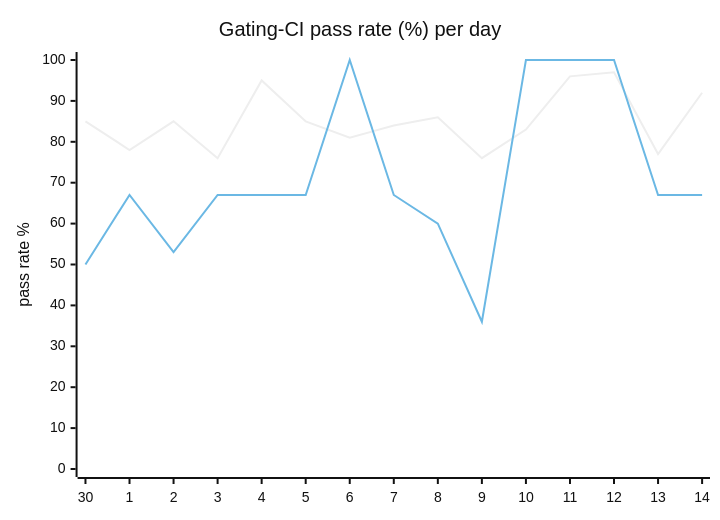
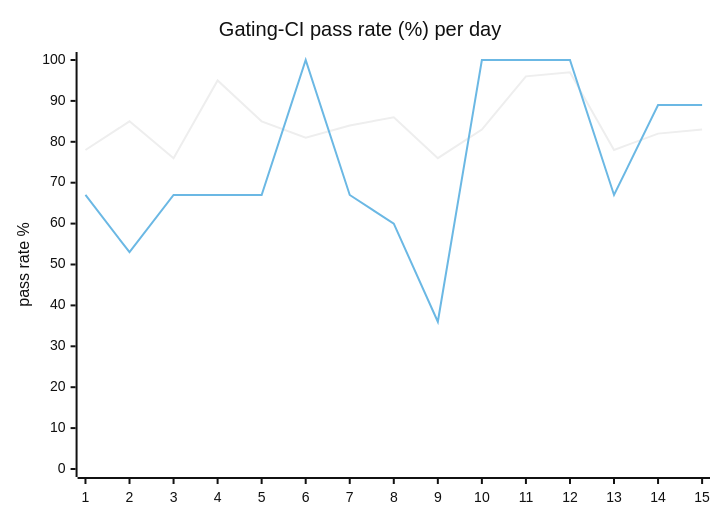
The diagram in hack/ci/ci-dashboard/staging/issue.md (hatchet-dev/hatchet), drawn with Mermaid (neutral theme) before and after one commit. The commit also changed other lines of this file, not shown here.

````diff
--- a/hack/ci/ci-dashboard/staging/issue.md
+++ b/hack/ci/ci-dashboard/staging/issue.md
@@ -9,8 +9,8 @@
 ```mermaid
 xychart-beta
   title "Gating-CI pass rate (%) per day"
-  x-axis [30, 1, 2, 3, 4, 5, 6, 7, 8, 9, 10, 11, 12, 13, 14]
+  x-axis [1, 2, 3, 4, 5, 6, 7, 8, 9, 10, 11, 12, 13, 14, 15]
   y-axis "pass rate %" 0 --> 100
-  line "CI" [85, 78, 85, 76, 95, 85, 81, 84, 86, 76, 83, 96, 97, 77, 92]
-  line "main" [50, 67, 53, 67, 67, 67, 100, 67, 60, 36, 100, 100, 100, 67, 67]
+  line "CI" [78, 85, 76, 95, 85, 81, 84, 86, 76, 83, 96, 97, 78, 82, 83]
+  line "main" [67, 53, 67, 67, 67, 100, 67, 60, 36, 100, 100, 100, 67, 89, 89]
 ```
````
